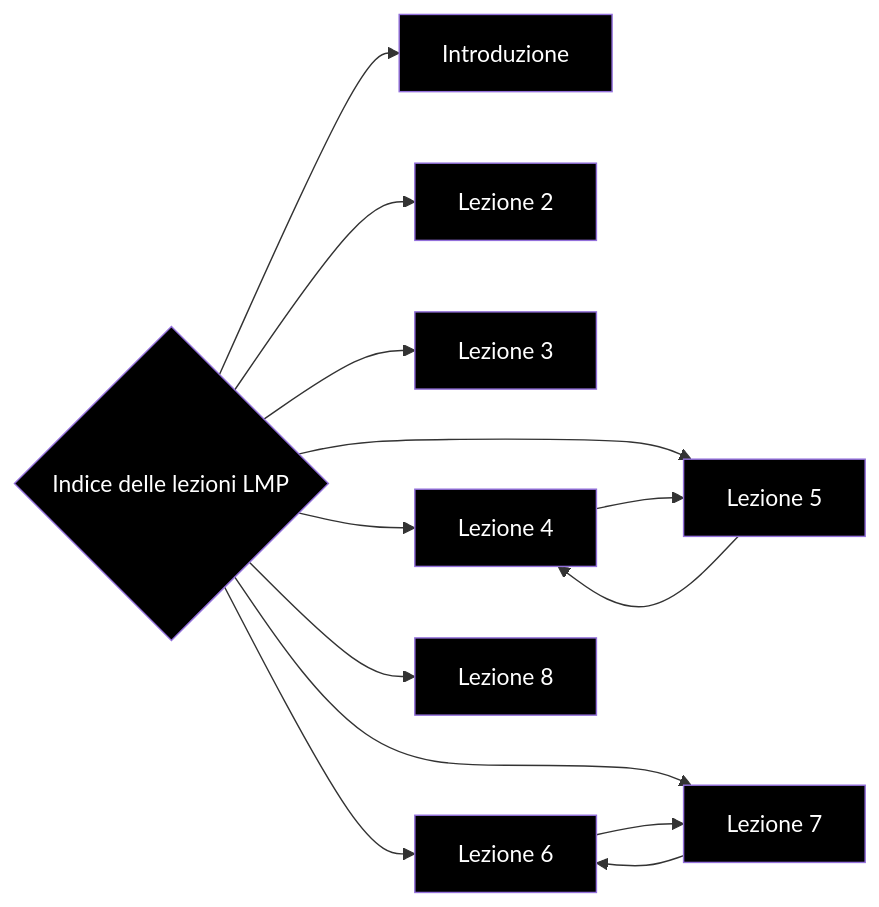
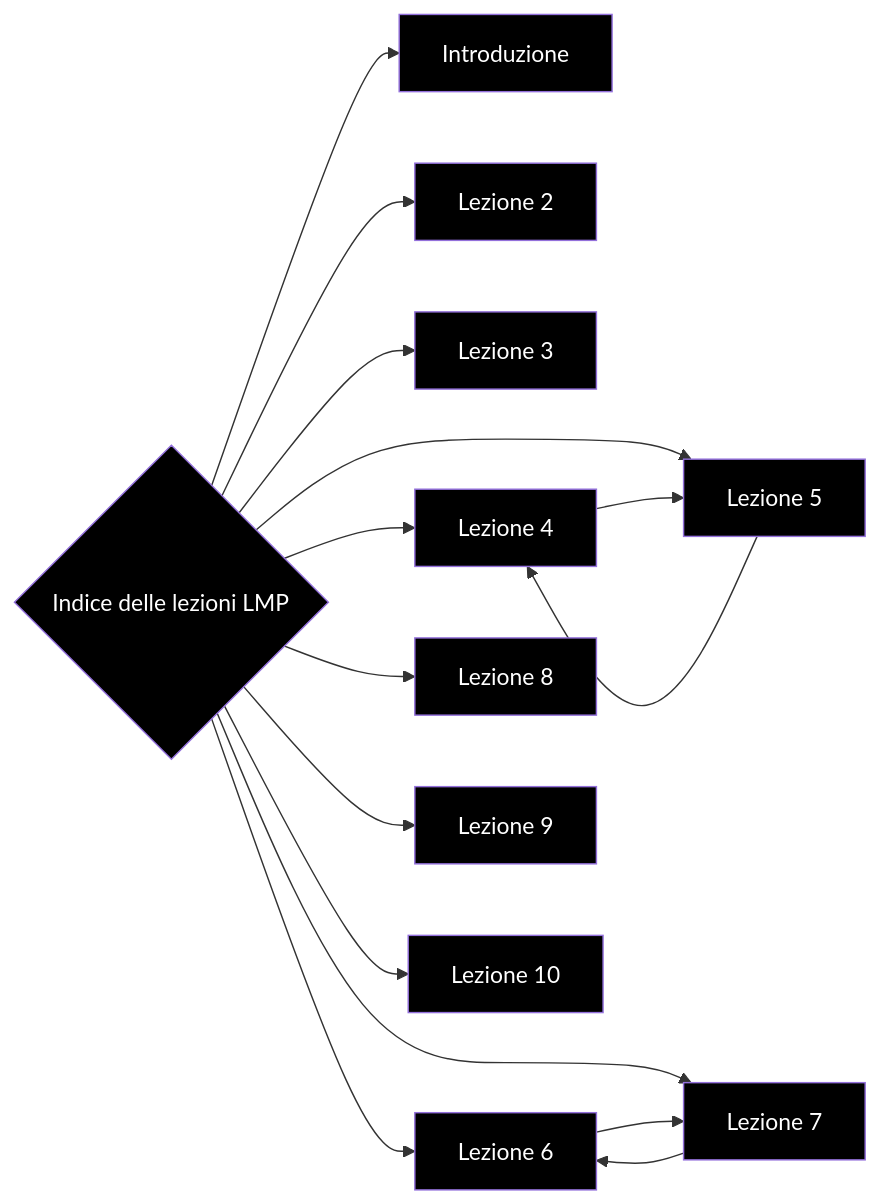
Before and after one commit to francosalvucci14/Appunti-II-anno: the diagram in Appunti LMP/MOD I/Indice delle lezioni LMP.md, drawn with Mermaid. The commit also changed other lines of this file and 1 other file, not shown here.

Commit message:
vault backup: 2022-11-28 15:29:50

````diff
--- a/Appunti LMP/MOD I/Indice delle lezioni LMP.md
+++ b/Appunti LMP/MOD I/Indice delle lezioni LMP.md
@@ -16,28 +18,32 @@
 ```mermaid
 graph LR
 	A{Indice delle lezioni LMP}
 	B[Introduzione]
 	C[Lezione 2]
 	D[Lezione 3]
 	E[Lezione 4]
 	F[Lezione 5]
 	G[Lezione 6]
 	H[Lezione 7]
 	I[Lezione 8]
+	J[Lezione 9]
+	K[Lezione 10]
 
 	style A fill:black, color:#fff
 	style B fill:black, color:#fff
 	style C fill:black, color:#fff
 	style D fill:black, color:#fff
 	style E fill:black, color:#fff
 	style F fill:black, color:#fff
 	style G fill:black, color:#fff
 	style H fill:black, color:#fff
 	style I fill:black, color:#fff
+	style J fill:black, color:#fff
+	style K fill:black, color:#fff
 	
-	A-->B & C & D & E & F & G & H & I
+	A-->B & C & D & E & F & G & H & I & J & K
 	E-->F
 	F-->E
 	G-->H
 	H-->G
 ```
````
